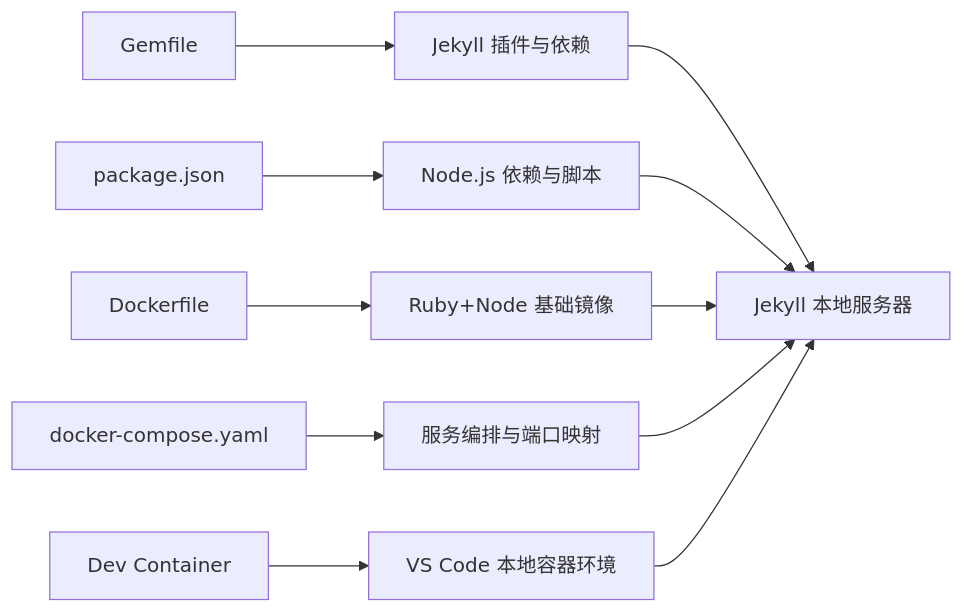
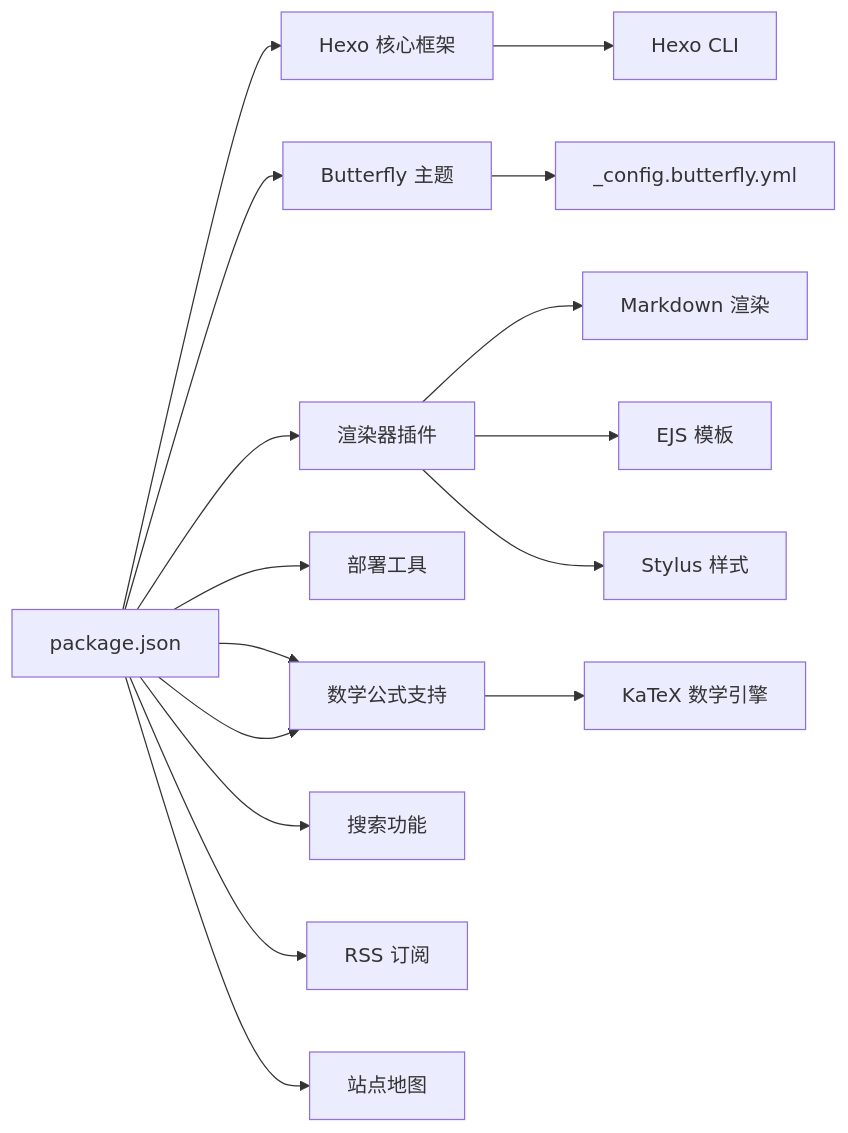
Before and after one commit to CoolPig0720/CoolPig0720.github.io: the third of 3 diagrams in .qoder/repowiki/zh/content/部署和维护/本地开发环境维护.md, drawn with Mermaid. The commit also changed other lines of this file and 36 other files, not shown here.

````diff
--- a/.qoder/repowiki/zh/content/部署和维护/本地开发环境维护.md
+++ b/.qoder/repowiki/zh/content/部署和维护/本地开发环境维护.md
@@ -262,13 +232,17 @@
 ```mermaid
 graph LR
-G["Gemfile"] --> J["Jekyll 插件与依赖"]
-Pkg["package.json"] --> Npm["Node.js 依赖与脚本"]
-DF["Dockerfile"] --> Img["Ruby+Node 基础镜像"]
-DC["docker-compose.yaml"] --> Svc["服务编排与端口映射"]
-VC["Dev Container"] --> Env["VS Code 本地容器环境"]
-J --> Srv["Jekyll 本地服务器"]
-Npm --> Srv
-Img --> Srv
-Svc --> Srv
-Env --> Srv
+NP["package.json"] --> HEXO["Hexo 核心框架"]
+NP --> THEME["Butterfly 主题"]
+NP --> RENDER["渲染器插件"]
+NP --> DEPLOY["部署工具"]
+NP --> MATH["数学公式支持"]
+NP --> MATH --> KATEX["KaTeX 数学引擎"]
+NP --> SEARCH["搜索功能"]
+NP --> FEED["RSS 订阅"]
+NP --> SITEMAP["站点地图"]
+HEXO --> CLI["Hexo CLI"]
+THEME --> CONFIG["_config.butterfly.yml"]
+RENDER --> MARKDOWN["Markdown 渲染"]
+RENDER --> EJS["EJS 模板"]
+RENDER --> STYLUS["Stylus 样式"]
 ```
````
